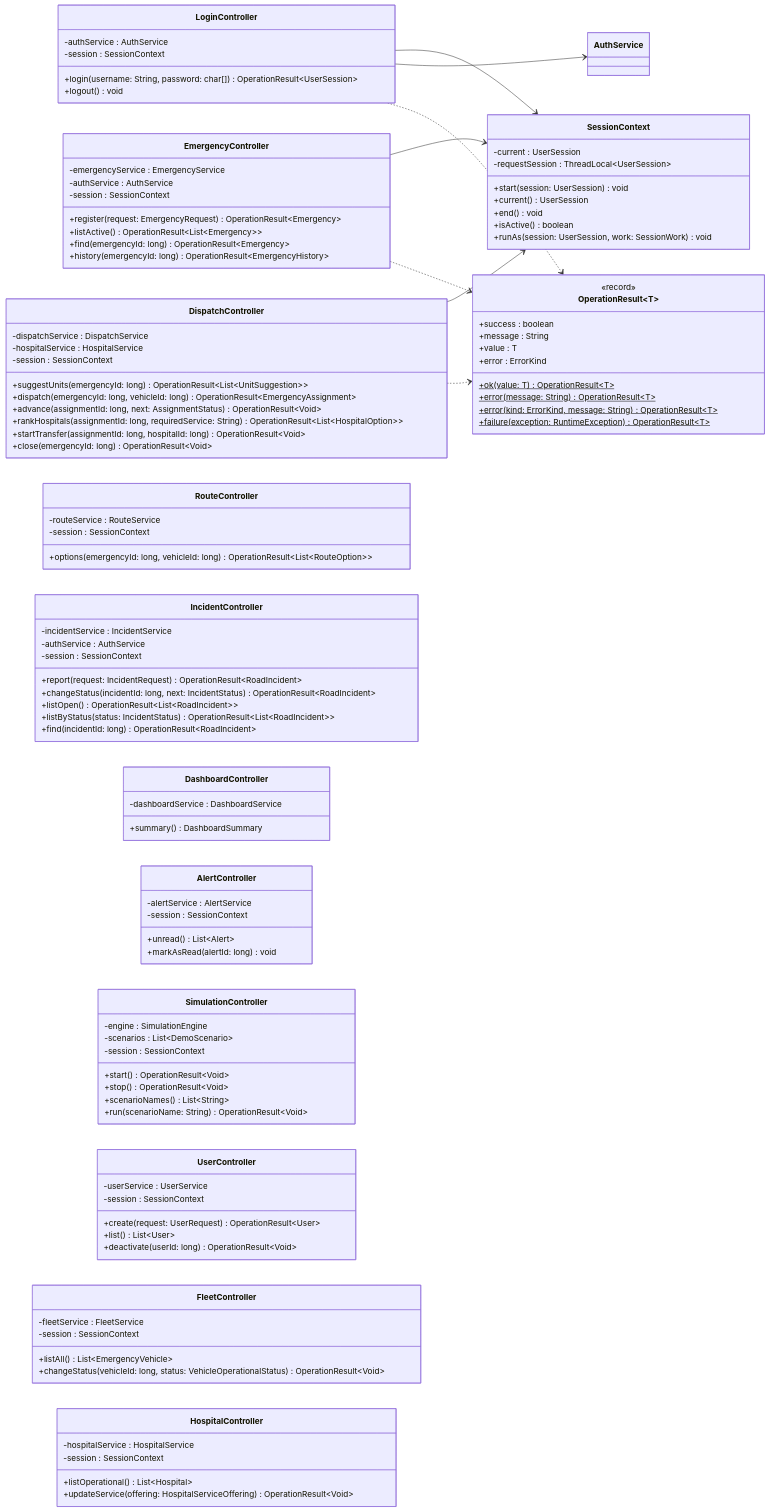
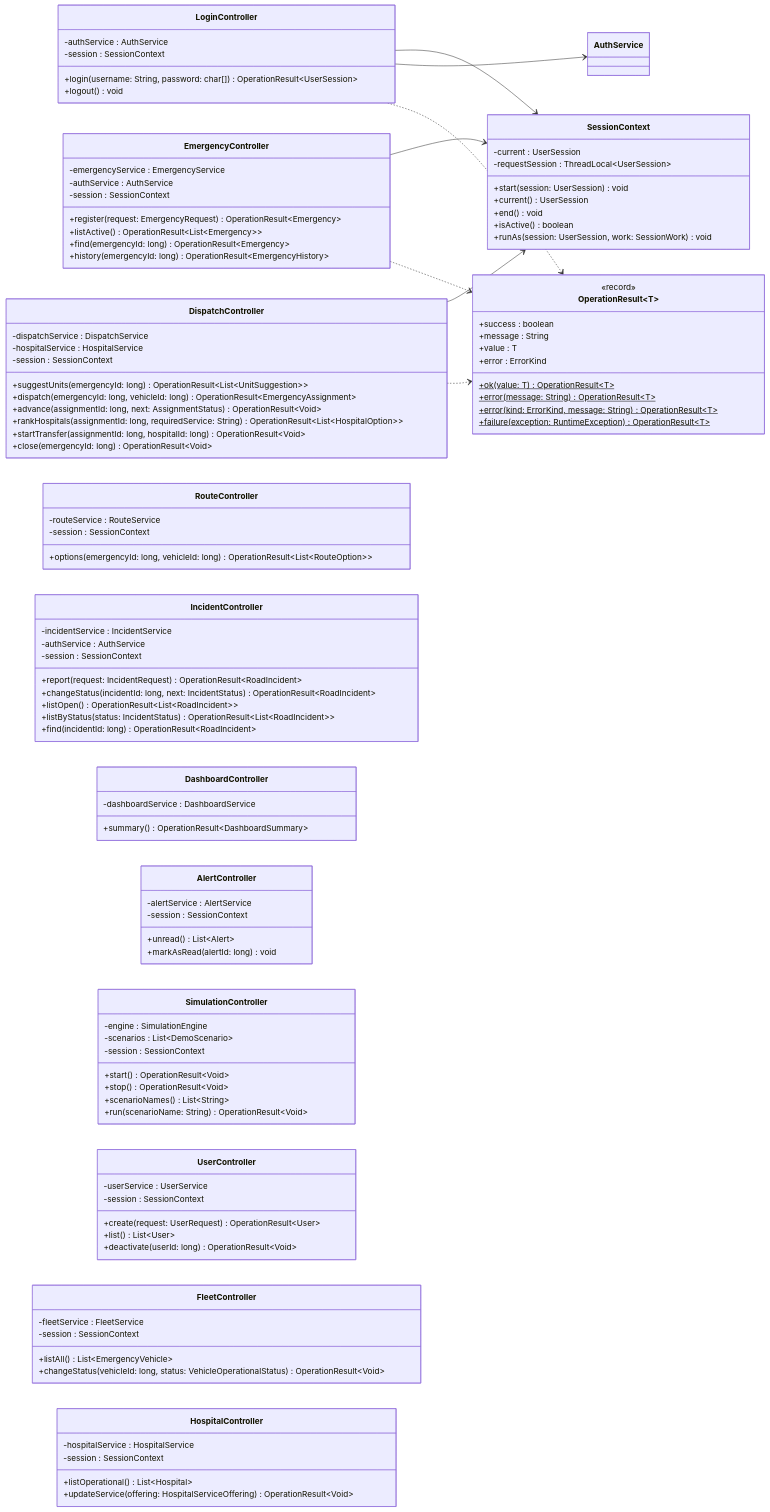
Before and after one commit to afzabaleta/RutaVida: diagram 22 of 24 in docs/class-diagram.md, drawn with Mermaid. The commit also changed other lines of this file and 2 other files, not shown here.

Commit message:
docs: document-dashboard

```diff
--- a/docs/class-diagram.md
+++ b/docs/class-diagram.md
@@ -1760,7 +1760,7 @@
 
     class DashboardController {
         -dashboardService : DashboardService
-        +summary() DashboardSummary
+        +summary() OperationResult~DashboardSummary~
     }
     class AlertController {
         -alertService : AlertService
```
